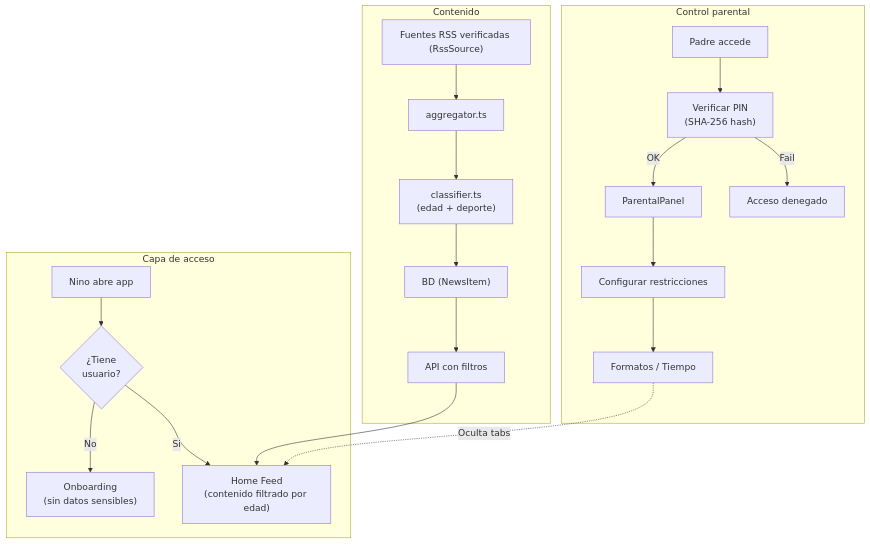
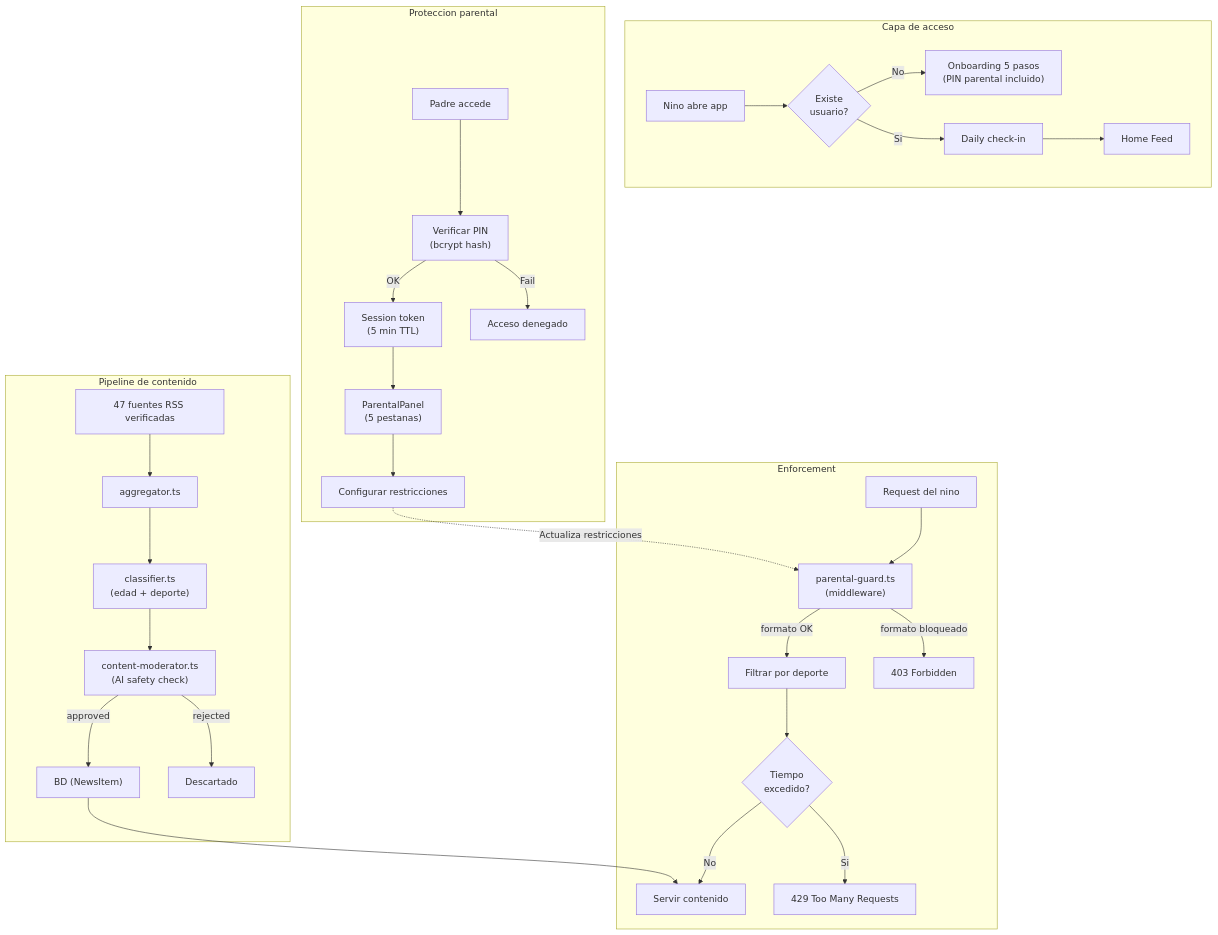
Before and after one commit to durdy48/SportyKids: the diagram in docs/es/09-seguridad-y-privacidad.md, drawn with Mermaid. The commit also changed other lines of this file and 22 other files, not shown here.

````diff
--- a/docs/es/09-seguridad-y-privacidad.md
+++ b/docs/es/09-seguridad-y-privacidad.md
@@ -71,26 +84,37 @@
 ```mermaid
 flowchart TD
     subgraph "Capa de acceso"
-        A["Nino abre app"] --> B{"¿Tiene<br/>usuario?"}
-        B -->|No| C["Onboarding<br/>(sin datos sensibles)"]
-        B -->|Si| D["Home Feed<br/>(contenido filtrado por edad)"]
+        A["Nino abre app"] --> B{"Existe<br/>usuario?"}
+        B -->|No| C["Onboarding 5 pasos<br/>(PIN parental incluido)"]
+        B -->|Si| CHECKIN["Daily check-in"]
+        CHECKIN --> D["Home Feed"]
     end
 
-    subgraph "Control parental"
-        E["Padre accede"] --> F["Verificar PIN<br/>(SHA-256 hash)"]
-        F -->|OK| G["ParentalPanel"]
+    subgraph "Pipeline de contenido"
+        K["47 fuentes RSS verificadas"] --> L["aggregator.ts"]
+        L --> M["classifier.ts<br/>(edad + deporte)"]
+        M --> MOD["content-moderator.ts<br/>(AI safety check)"]
+        MOD -->|approved| N["BD (NewsItem)"]
+        MOD -->|rejected| REJ["Descartado"]
+    end
+
+    subgraph "Proteccion parental"
+        E["Padre accede"] --> F["Verificar PIN<br/>(bcrypt hash)"]
+        F -->|OK| SESS["Session token<br/>(5 min TTL)"]
+        SESS --> G["ParentalPanel<br/>(5 pestanas)"]
         F -->|Fail| H["Acceso denegado"]
         G --> I["Configurar restricciones"]
-        I --> J["Formatos / Tiempo"]
     end
 
-    subgraph "Contenido"
-        K["Fuentes RSS verificadas (RssSource)"] --> L["aggregator.ts"]
-        L --> M["classifier.ts<br/>(edad + deporte)"]
-        M --> N["BD (NewsItem)"]
-        N --> O["API con filtros"]
-        O --> D
+    subgraph "Enforcement"
+        REQ["Request del nino"] --> PG["parental-guard.ts<br/>(middleware)"]
+        PG -->|formato OK| FILT["Filtrar por deporte"]
+        PG -->|formato bloqueado| DENY1["403 Forbidden"]
+        FILT --> TIME{"Tiempo<br/>excedido?"}
+        TIME -->|No| OK["Servir contenido"]
+        TIME -->|Si| DENY2["429 Too Many Requests"]
     end
 
-    J -.->|"Oculta tabs"| D
+    N --> OK
+    I -.->|"Actualiza restricciones"| PG
 ```
````
